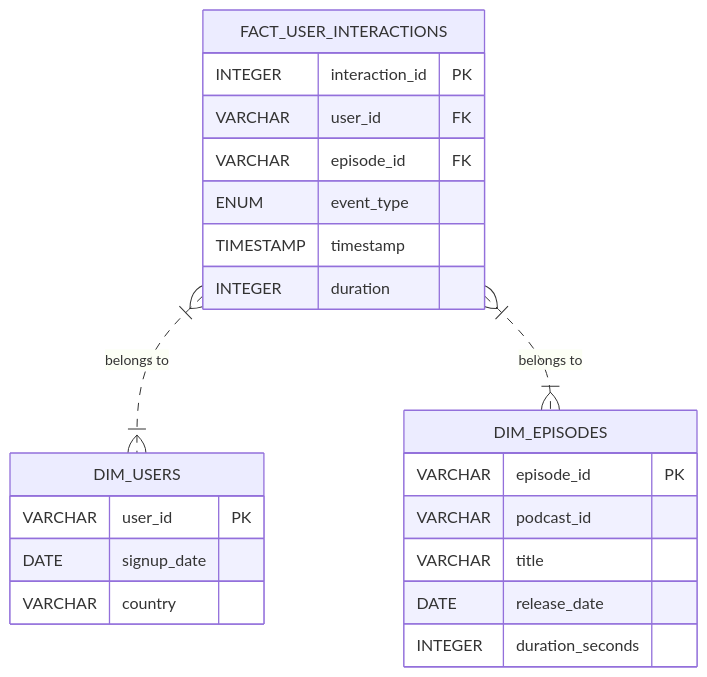
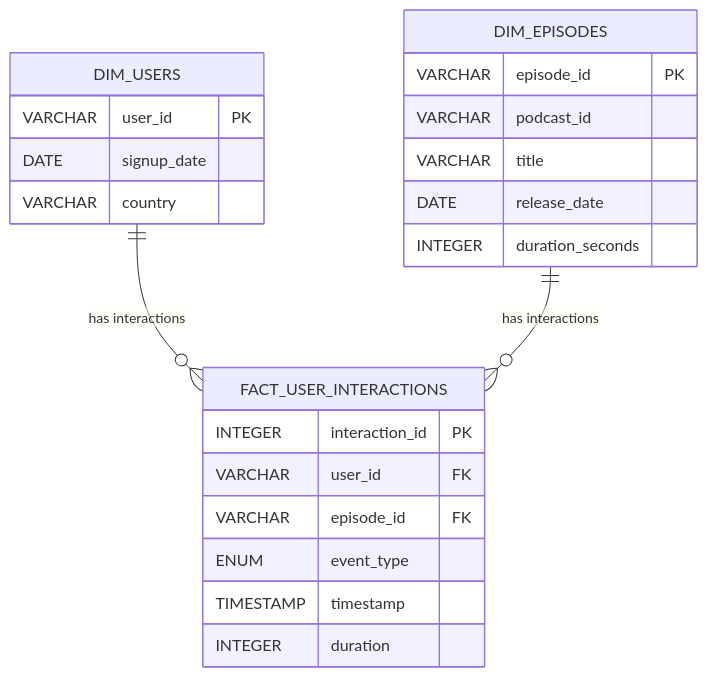
One commit to alza-bitz/global-data-engineer-test changed the diagram in .github/instructions/solution_design.instructions.md. Above: the diagram before and after it, drawn with Mermaid. The commit also changed other lines of this file and 2 other files, not shown here.

Commit message:
Update ER diagram
1:n cardinality from dim tables to fact table
Optional relationships (using the "o" notation)

````diff
--- a/.github/instructions/solution_design.instructions.md
+++ b/.github/instructions/solution_design.instructions.md
@@ -140,25 +140,25 @@
 ```mermaid
 erDiagram
     FACT_USER_INTERACTIONS {
         INTEGER interaction_id PK
         VARCHAR user_id FK
         VARCHAR episode_id FK
         ENUM event_type
         TIMESTAMP timestamp
         INTEGER duration
     }
     DIM_USERS {
         VARCHAR user_id PK
         DATE signup_date
         VARCHAR country
     }
     DIM_EPISODES {
         VARCHAR episode_id PK
         VARCHAR podcast_id
         VARCHAR title
         DATE release_date
         INTEGER duration_seconds
     }
-    FACT_USER_INTERACTIONS }|..|{ DIM_USERS : "belongs to"
-    FACT_USER_INTERACTIONS }|..|{ DIM_EPISODES : "belongs to"
+    DIM_USERS ||--o{ FACT_USER_INTERACTIONS : "has interactions"
+    DIM_EPISODES ||--o{ FACT_USER_INTERACTIONS : "has interactions"
 ```
````
